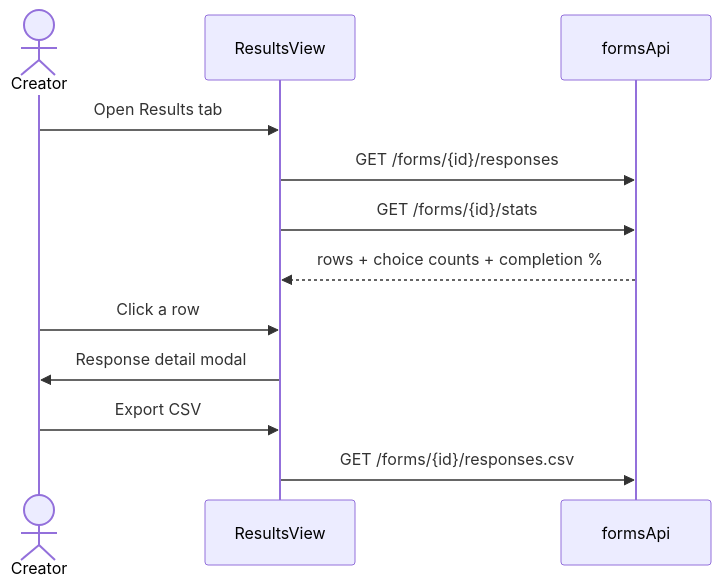
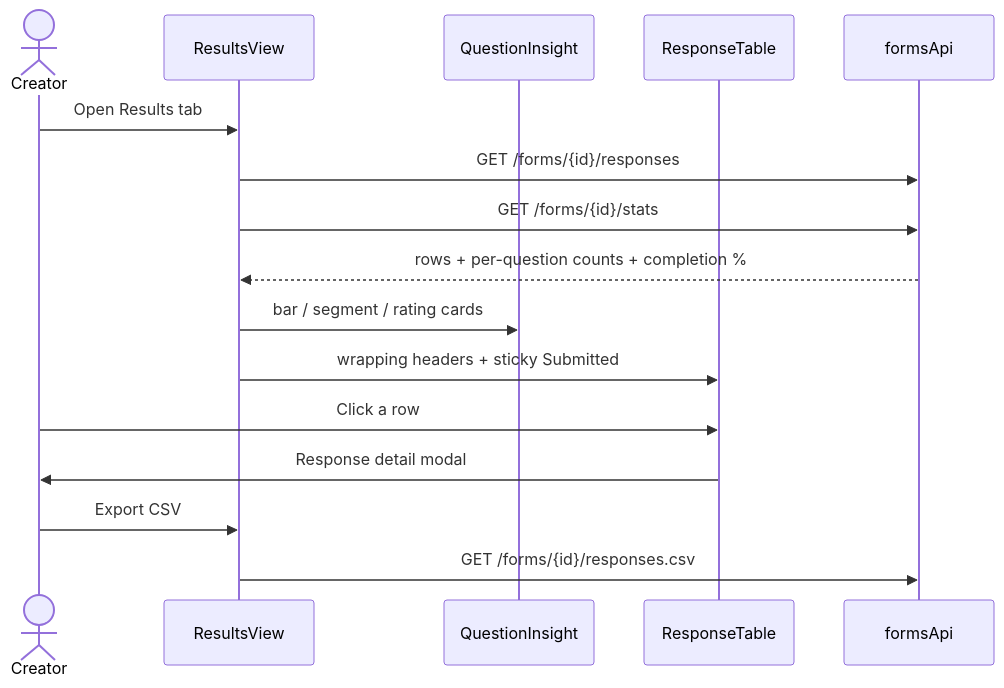
Before and after one commit to ruthwikkakumani/formly: the fifth of 8 diagrams in docs/diagrams/sequence.md, drawn with Mermaid. The commit also changed other lines of this file and 65 other files, not shown here.

````diff
--- a/docs/diagrams/sequence.md
+++ b/docs/diagrams/sequence.md
@@ -122,15 +122,19 @@
 ```mermaid
 sequenceDiagram
   actor Creator
   participant Results as ResultsView
+  participant Insight as QuestionInsight
+  participant Table as ResponseTable
   participant API as formsApi
 
   Creator->>Results: Open Results tab
   Results->>API: GET /forms/{id}/responses
   Results->>API: GET /forms/{id}/stats
-  API-->>Results: rows + choice counts + completion %
-  Creator->>Results: Click a row
-  Results->>Creator: Response detail modal
+  API-->>Results: rows + per-question counts + completion %
+  Results->>Insight: bar / segment / rating cards
+  Results->>Table: wrapping headers + sticky Submitted
+  Creator->>Table: Click a row
+  Table->>Creator: Response detail modal
   Creator->>Results: Export CSV
   Results->>API: GET /forms/{id}/responses.csv
 ```
````
